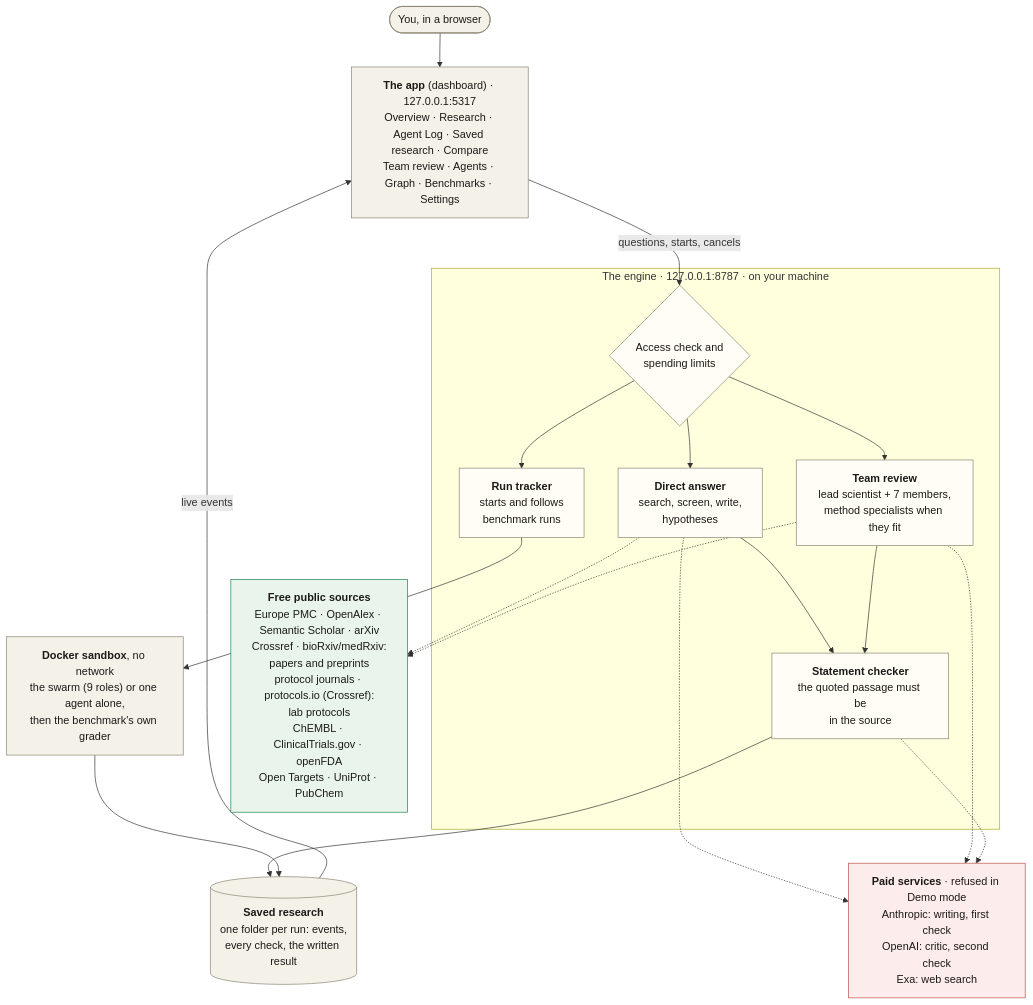
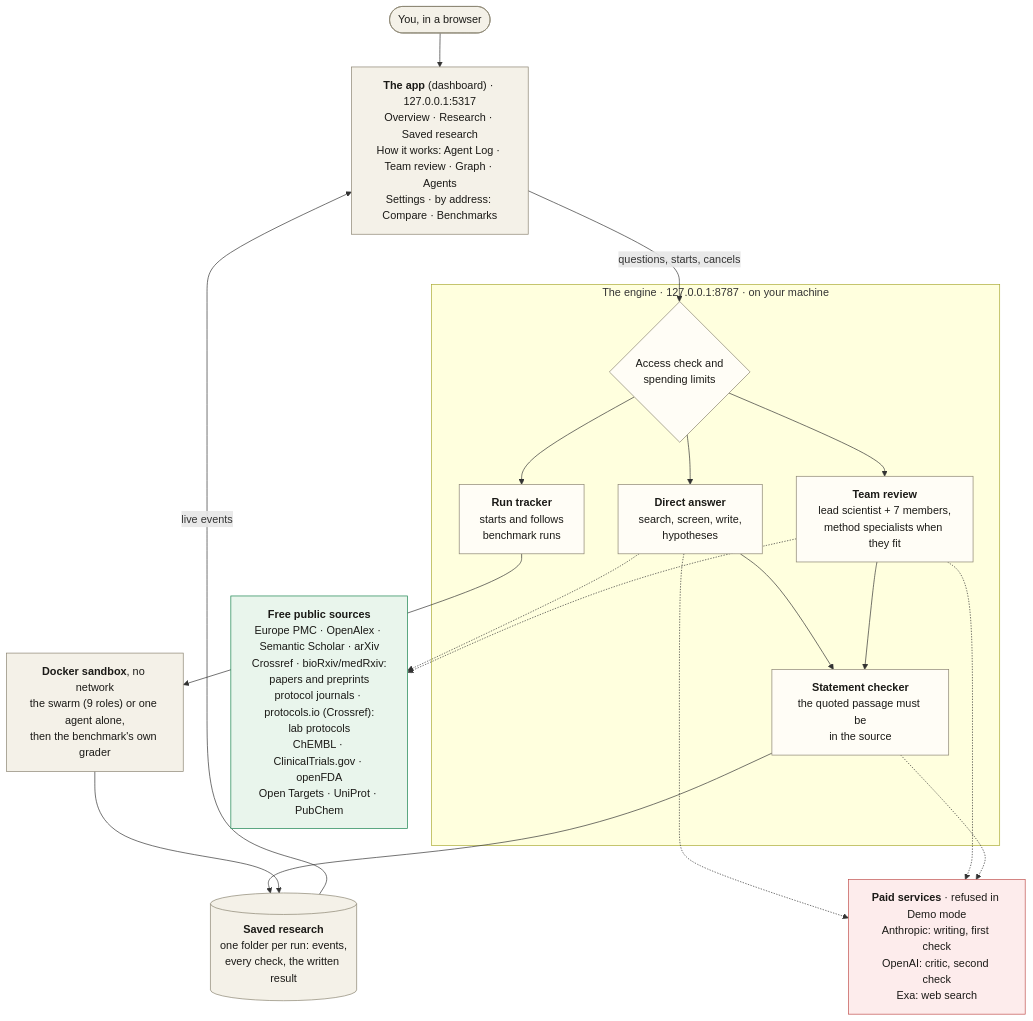
The diagram in README.md (itsbrendandang/agent-test), drawn with Mermaid before and after one commit. The commit also changed other lines of this file and 8 other files, not shown here.

Commit message:
docs(readme): retake every tour screenshot from main as Bit Crew, after the team review moved into the Agent Log

````diff
--- a/README.md
+++ b/README.md
@@ -485,44 +483,44 @@
 ```mermaid
 flowchart TB
     you(["You, in a browser"])
-    app["<b>The app</b> (dashboard) · 127.0.0.1:5317<br/>Overview · Research · Agent Log · Saved research · Compare<br/>Team review · Agents · Graph · Benchmarks · Settings"]
+    app["<b>The app</b> (dashboard) · 127.0.0.1:5317<br/>Overview · Research · Saved research<br/>How it works: Agent Log · Team review · Graph · Agents<br/>Settings · by address: Compare · Benchmarks"]
 
     subgraph engine["The engine · 127.0.0.1:8787 · on your machine"]
         gate{"Access check and<br/>spending limits"}
         answer["<b>Direct answer</b><br/>search, screen, write,<br/>hypotheses"]
         board["<b>Team review</b><br/>lead scientist + 7 members,<br/>method specialists when they fit"]
         tracker["<b>Run tracker</b><br/>starts and follows<br/>benchmark runs"]
         check["<b>Statement checker</b><br/>the quoted passage must be<br/>in the source"]
     end
 
     sandbox["<b>Docker sandbox</b>, no network<br/>the swarm (9 roles) or one agent alone,<br/>then the benchmark's own grader"]
     store[("<b>Saved research</b><br/>one folder per run: events,<br/>every check, the written result")]
     paid["<b>Paid services</b> · refused in Demo mode<br/>Anthropic: writing, first check<br/>OpenAI: critic, second check<br/>Exa: web search"]
     free["<b>Free public sources</b><br/>Europe PMC · OpenAlex · Semantic Scholar · arXiv<br/>Crossref · bioRxiv/medRxiv:<br/>papers and preprints<br/>protocol journals · protocols.io (Crossref):<br/>lab protocols<br/>ChEMBL · ClinicalTrials.gov · openFDA<br/>Open Targets · UniProt · PubChem"]
 
     you --> app
     app -- "questions, starts, cancels" --> gate
     gate --> answer
     gate --> board
     gate --> tracker
     answer --> check
     board --> check
     tracker --> sandbox
     check --> store
     sandbox --> store
     store -- "live events" --> app
     answer -.-> free
     board -.-> free
     answer -.-> paid
     board -.-> paid
     check -.-> paid
 
     classDef local fill:#f4f1e8,stroke:#8a8371,color:#1b1a17
     classDef core fill:#fffdf6,stroke:#8a8371,color:#1b1a17
     classDef paidc fill:#fdecec,stroke:#c0504d,color:#1b1a17
     classDef freec fill:#e9f5ec,stroke:#17824d,color:#1b1a17
     class you,app,store,sandbox local
     class gate,answer,board,tracker,check core
     class paid paidc
     class free freec
 ```
````
